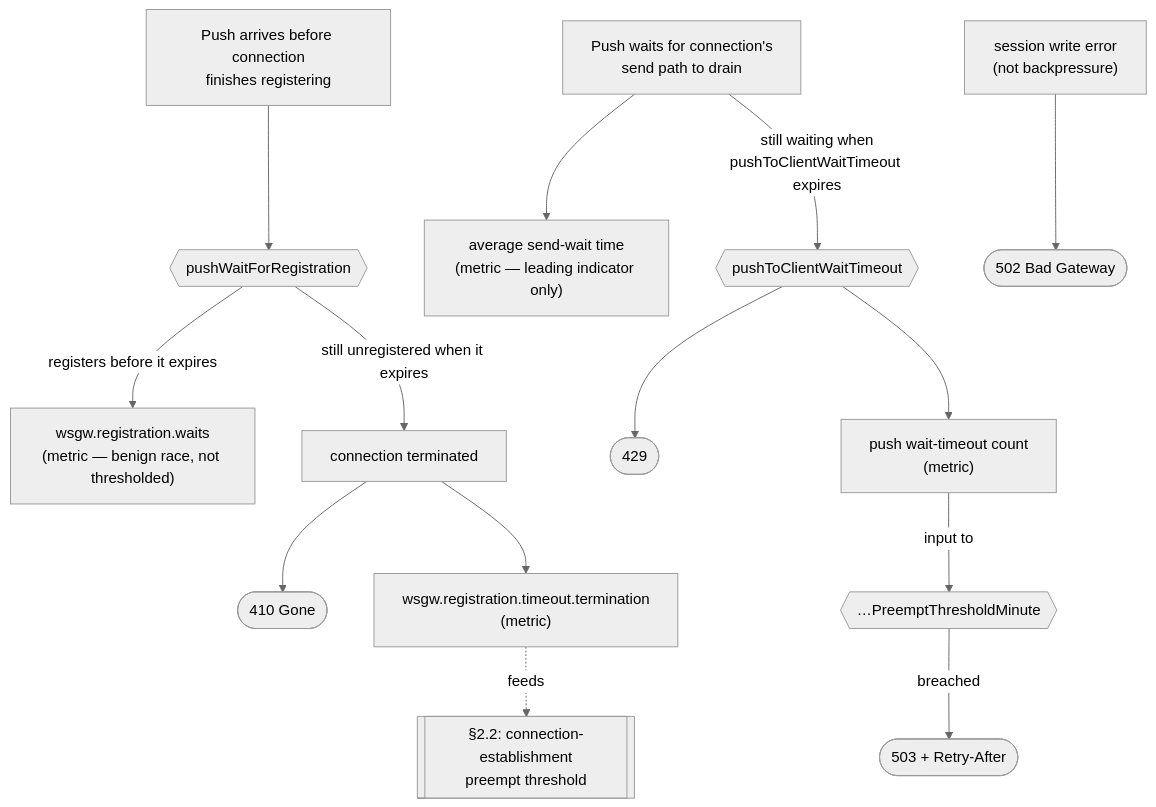
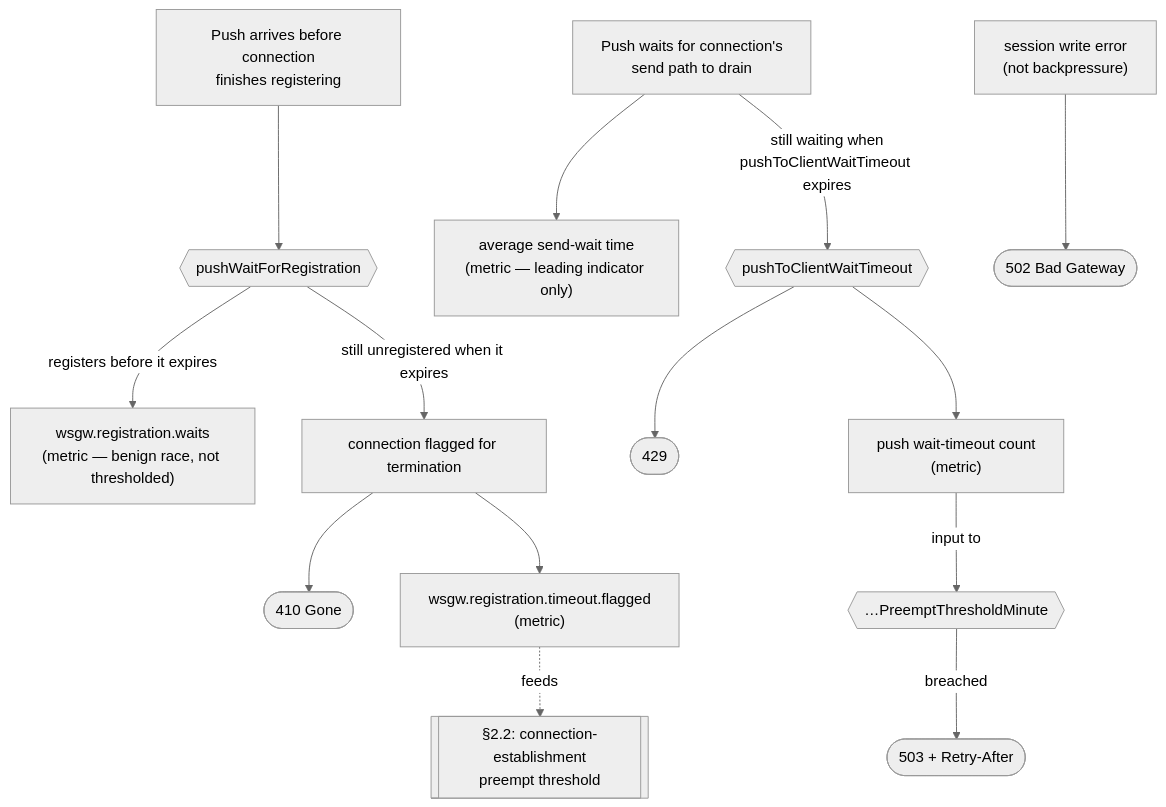
The first of 3 diagrams in docs/backpressure.md (pdkovacs/wsgw-jakarta), drawn with Mermaid (neutral theme) before and after one commit. The commit also changed other lines of this file and 3 other files, not shown here.

Commit message:
Implement "registration-timeout termination" / no relay over abandoned session

````diff
--- a/docs/backpressure.md
+++ b/docs/backpressure.md
@@ -140,20 +141,20 @@
 ```mermaid
 flowchart TD
     R0["Push arrives before connection\nfinishes registering"]
     R0 --> KnobReg{{"pushWaitForRegistration"}}
     KnobReg -->|"registers before it expires"| RaceOK["wsgw.registration.waits\n(metric — benign race, not thresholded)"]
-    KnobReg -->|"still unregistered when it expires"| Terminate["connection terminated"]
-    Terminate --> Sig410(["410 Gone"])
-    Terminate --> MetricTerm["wsgw.registration.timeout.termination\n(metric)"]
+    KnobReg -->|"still unregistered when it expires"| FlagForTermination["connection flagged for termination"]
+    FlagForTermination --> Sig410(["410 Gone"])
+    FlagForTermination --> MetricTerm["wsgw.registration.timeout.flagged\n(metric)"]
     MetricTerm -.->|feeds| Ext1[["§2.2: connection-establishment\npreempt threshold"]]
 
     S0["Push waits for connection's\nsend path to drain"]
     S0 --> MetricAvg["average send-wait time\n(metric — leading indicator only)"]
     S0 -->|"still waiting when\npushToClientWaitTimeout expires"| KnobSend{{"pushToClientWaitTimeout"}}
     KnobSend --> Sig429(["429"])
     KnobSend --> MetricWaitCount["push wait-timeout count\n(metric)"]
     MetricWaitCount -->|"input to"| KnobPreempt{{"…PreemptThresholdMinute"}}
     KnobPreempt -->|"breached"| Sig503(["503 + Retry-After"])
 
     WriteErr["session write error\n(not backpressure)"] --> Sig502(["502 Bad Gateway"])
 ```
````
